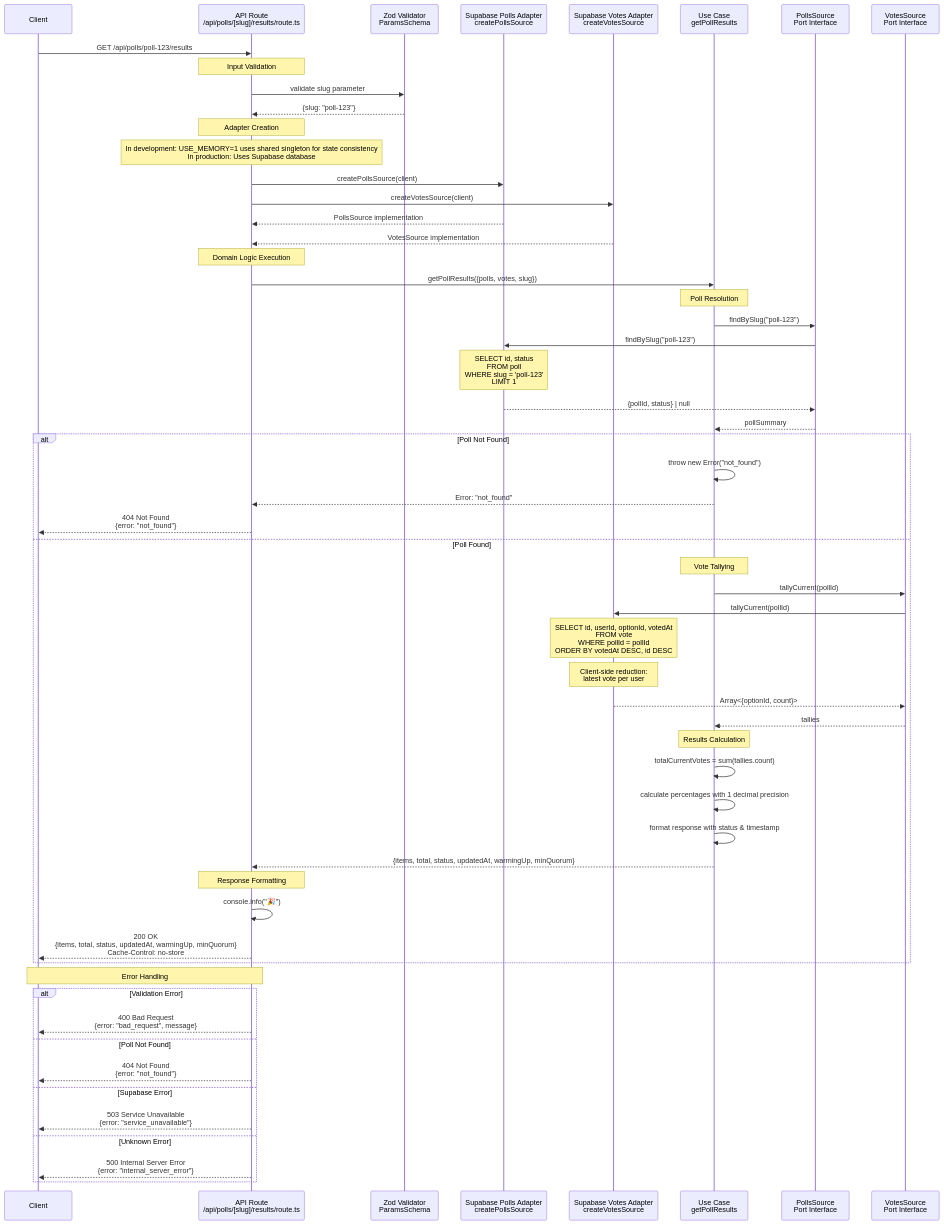
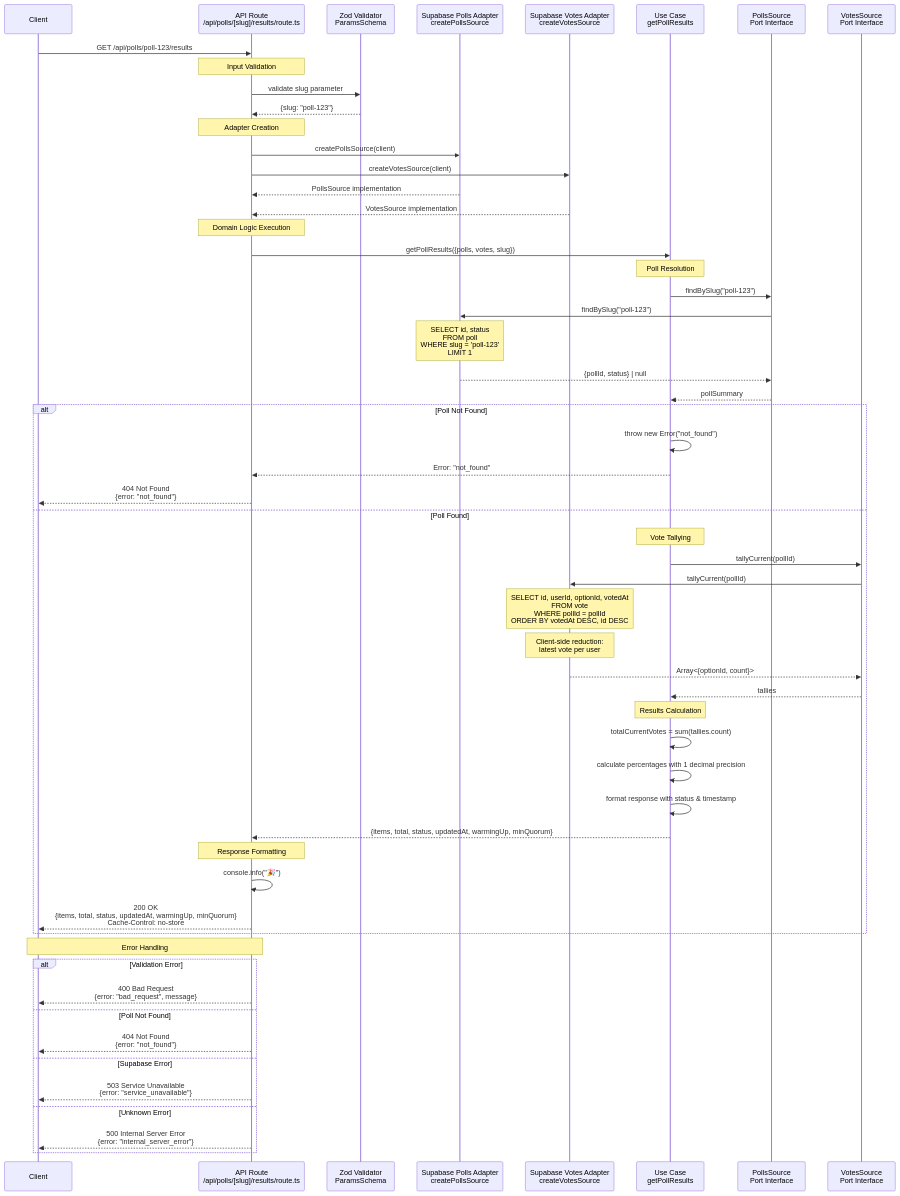
The diagram in .github/sequence-diagrams/get-poll-results.md (sandbox-as-a-service/directional-sentiment), drawn with Mermaid before and after one commit. The commit also changed other lines of this file and 2 other files, not shown here.

Commit message:
refactor: update sequence diagrams to clarify authentication and response formats

````diff
--- a/.github/sequence-diagrams/get-poll-results.md
+++ b/.github/sequence-diagrams/get-poll-results.md
@@ -5,74 +5,73 @@
 ```mermaid
 sequenceDiagram
     participant Client
     participant Route as API Route<br/>/api/polls/[slug]/results/route.ts
     participant Zod as Zod Validator<br/>ParamsSchema
     participant SupabasePollsAdapter as Supabase Polls Adapter<br/>createPollsSource
     participant SupabaseVotesAdapter as Supabase Votes Adapter<br/>createVotesSource
     participant UseCase as Use Case<br/>getPollResults
     participant PollsSource as PollsSource<br/>Port Interface
     participant VotesSource as VotesSource<br/>Port Interface
 
     Client->>Route: GET /api/polls/poll-123/results
 
     Note over Route: Input Validation
     Route->>Zod: validate slug parameter
     Zod-->>Route: {slug: "poll-123"}
 
     Note over Route: Adapter Creation
-    Note over Route: In development: USE_MEMORY=1 uses shared singleton for state consistency<br/>In production: Uses Supabase database
     Route->>SupabasePollsAdapter: createPollsSource(client)
     Route->>SupabaseVotesAdapter: createVotesSource(client)
     SupabasePollsAdapter-->>Route: PollsSource implementation
     SupabaseVotesAdapter-->>Route: VotesSource implementation
 
     Note over Route: Domain Logic Execution
     Route->>UseCase: getPollResults({polls, votes, slug})
 
     Note over UseCase: Poll Resolution
     UseCase->>PollsSource: findBySlug("poll-123")
 
     PollsSource->>SupabasePollsAdapter: findBySlug("poll-123")
     Note over SupabasePollsAdapter: SELECT id, status<br/>FROM poll<br/>WHERE slug = 'poll-123'<br/>LIMIT 1
     SupabasePollsAdapter-->>PollsSource: {pollId, status} | null
 
     PollsSource-->>UseCase: pollSummary
 
     alt Poll Not Found
         UseCase->>UseCase: throw new Error("not_found")
         UseCase-->>Route: Error: "not_found"
         Route-->>Client: 404 Not Found<br/>{error: "not_found"}
     else Poll Found
         Note over UseCase: Vote Tallying
         UseCase->>VotesSource: tallyCurrent(pollId)
 
         VotesSource->>SupabaseVotesAdapter: tallyCurrent(pollId)
         Note over SupabaseVotesAdapter: SELECT id, userId, optionId, votedAt<br/>FROM vote<br/>WHERE pollId = pollId<br/>ORDER BY votedAt DESC, id DESC
         Note over SupabaseVotesAdapter: Client-side reduction:<br/>latest vote per user
         SupabaseVotesAdapter-->>VotesSource: Array<{optionId, count}>
 
         VotesSource-->>UseCase: tallies
 
         Note over UseCase: Results Calculation
         UseCase->>UseCase: totalCurrentVotes = sum(tallies.count)
         UseCase->>UseCase: calculate percentages with 1 decimal precision
         UseCase->>UseCase: format response with status & timestamp
 
         UseCase-->>Route: {items, total, status, updatedAt, warmingUp, minQuorum}
 
         Note over Route: Response Formatting
         Route->>Route: console.info("🎉")
         Route-->>Client: 200 OK<br/>{items, total, status, updatedAt, warmingUp, minQuorum}<br/>Cache-Control: no-store
     end
 
     Note over Route,Client: Error Handling
     alt Validation Error
         Route-->>Client: 400 Bad Request<br/>{error: "bad_request", message}
     else Poll Not Found
         Route-->>Client: 404 Not Found<br/>{error: "not_found"}
     else Supabase Error
         Route-->>Client: 503 Service Unavailable<br/>{error: "service_unavailable"}
     else Unknown Error
         Route-->>Client: 500 Internal Server Error<br/>{error: "internal_server_error"}
     end
 ```
````
